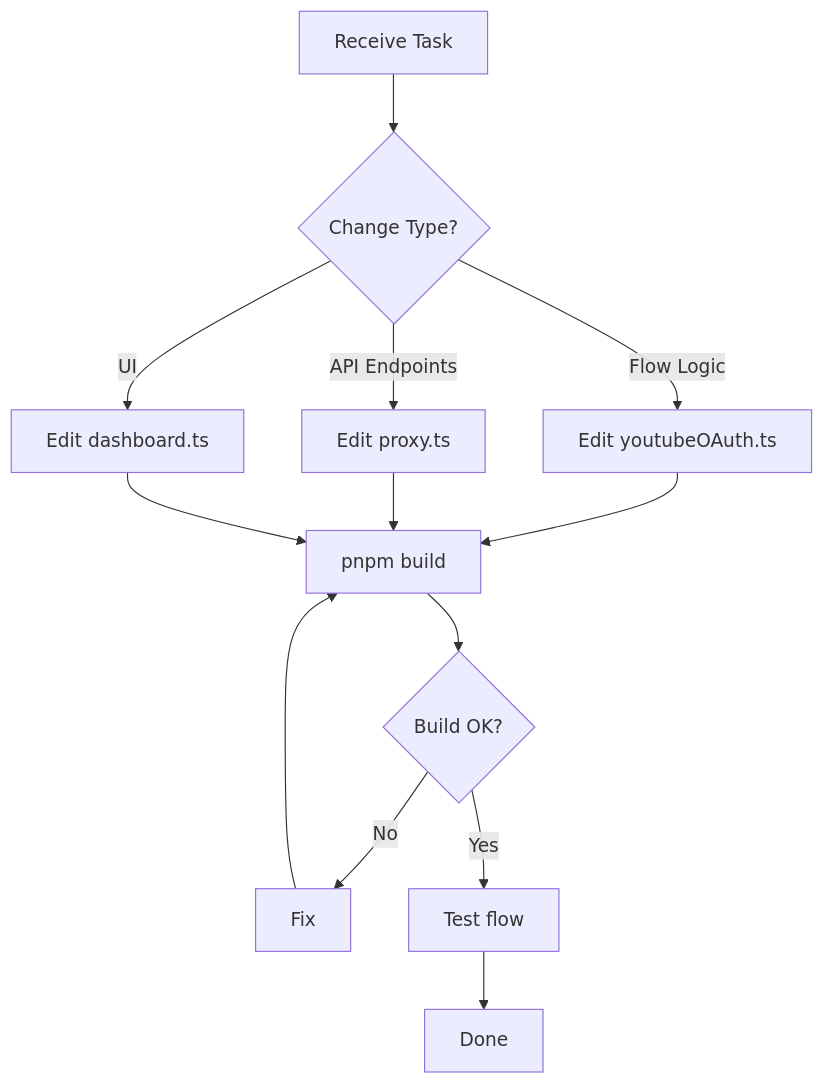
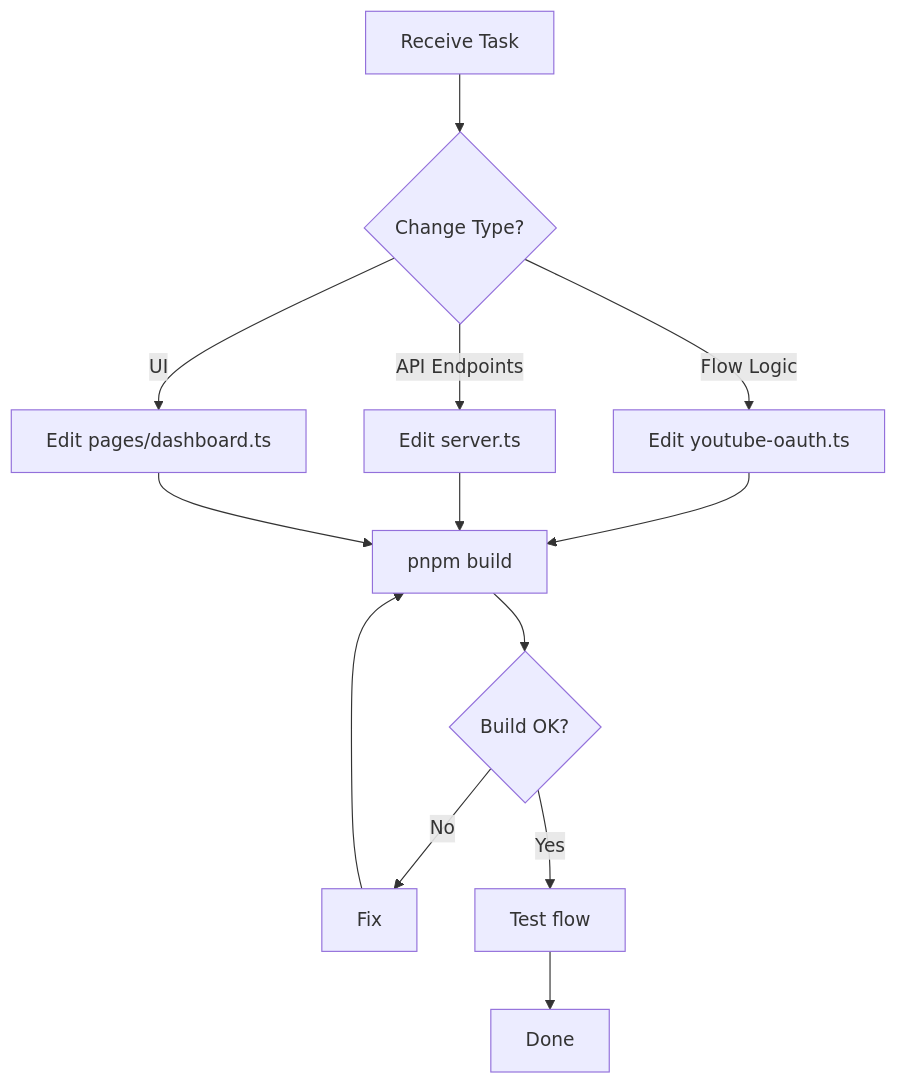
Before and after one commit to HELIX-Origin/Lavalink-Server: the first of 2 diagrams in .agents/agents/youtube-oauth-agent.md, drawn with Mermaid. The commit also changed other lines of this file and 18 other files, not shown here.

````diff
--- a/.agents/agents/youtube-oauth-agent.md
+++ b/.agents/agents/youtube-oauth-agent.md
@@ -3,15 +3,15 @@
 ```mermaid
 flowchart TD
     A[Receive Task] --> B{Change Type?}
-    B -->|Flow Logic| C[Edit youtubeOAuth.ts]
-    B -->|API Endpoints| D[Edit proxy.ts]
-    B -->|UI| E[Edit dashboard.ts]
+    B -->|Flow Logic| C[Edit youtube-oauth.ts]
+    B -->|API Endpoints| D[Edit server.ts]
+    B -->|UI| E[Edit pages/dashboard.ts]
     C --> F[pnpm build]
     D --> F
     E --> F
     F --> G{Build OK?}
     G -->|No| H[Fix]
     H --> F
     G -->|Yes| I[Test flow]
     I --> J[Done]
 ```
````
